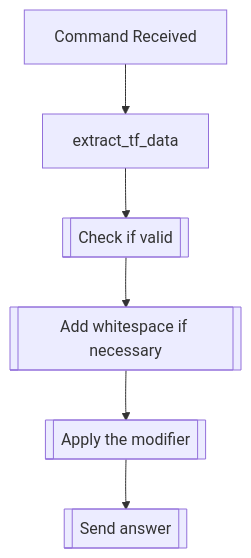
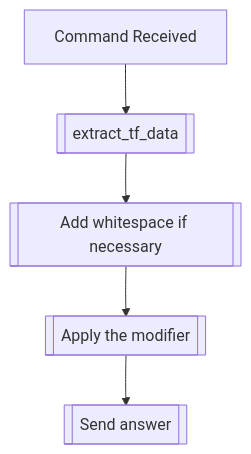
The diagram in docs/commands/set_and_clear/prefix.md (dorythecat/TransforMate), drawn with Mermaid before and after one commit. The commit also changed other lines of this file and 3 other files, not shown here.

````diff
--- a/docs/commands/set_and_clear/prefix.md
+++ b/docs/commands/set_and_clear/prefix.md
@@ -24,8 +24,7 @@
 ```mermaid
 flowchart TD
-    CommandReceived[Command Received] --> ExtractTfData[extract_tf_data]
-    ExtractTfData --> CheckValid[[Check if valid]]
-    CheckValid --> AddWhitespace[[Add whitespace if necessary]]
+    CommandReceived[Command Received] --> ExtractTfData[[extract_tf_data]]
+    ExtractTfData --> AddWhitespace[[Add whitespace if necessary]]
     AddWhitespace --> ApplyModifier[[Apply the modifier]]
     ApplyModifier --> SendAnswer[[Send answer]]
 ```
````
